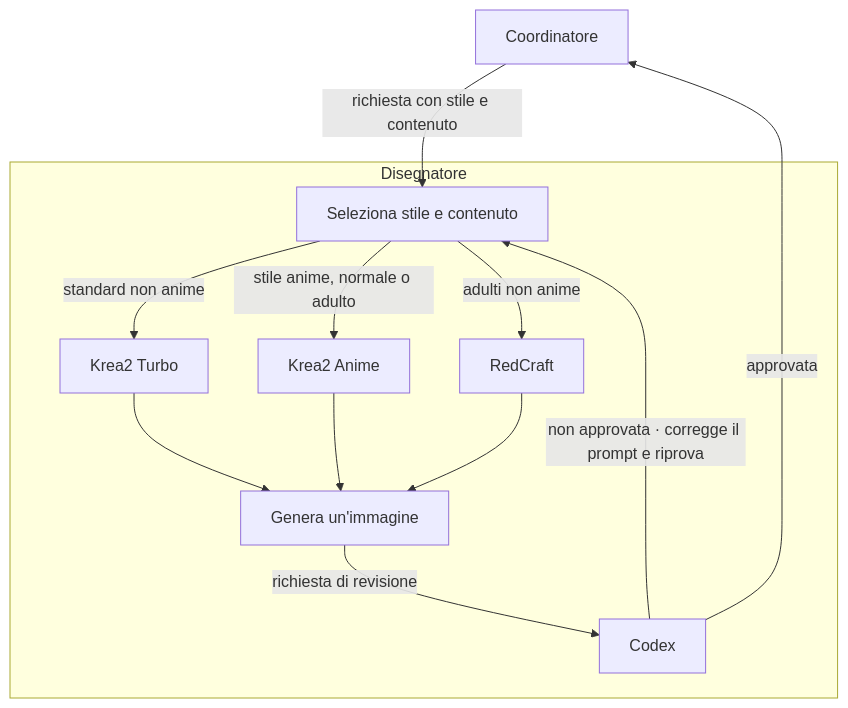
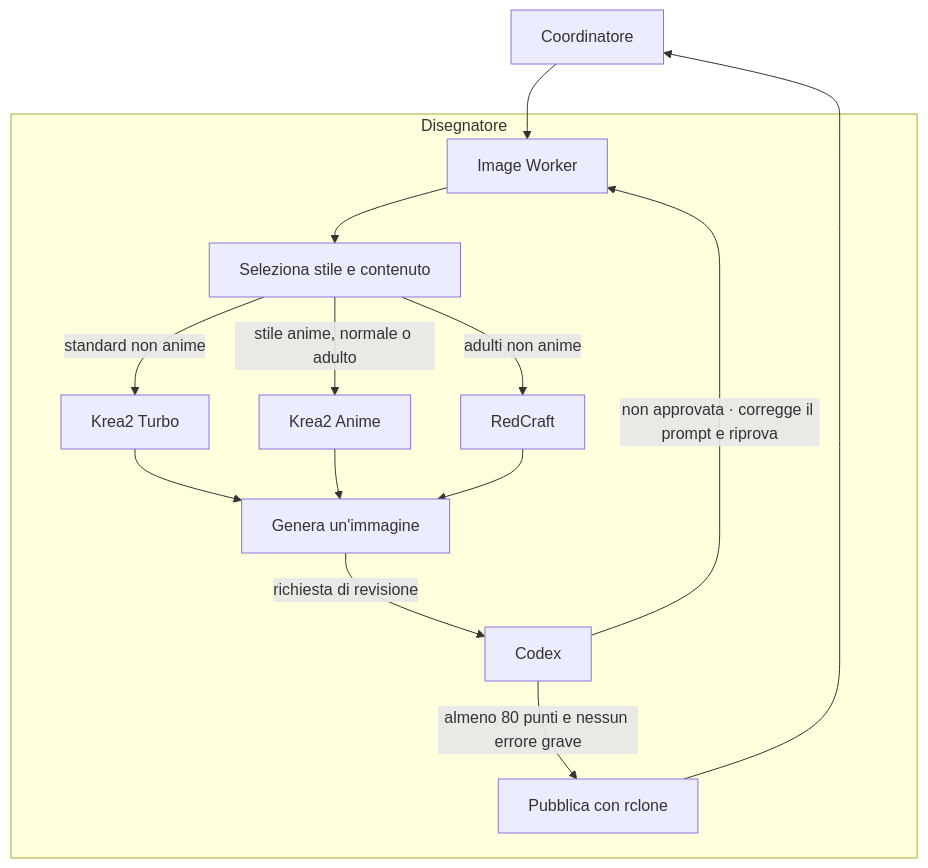
Before and after one commit to DRincs-Productions/LM-Studio: the sixth of 12 diagrams in README.md, drawn with Mermaid. The commit also changed other lines of this file and 25 other files, not shown here.

````diff
--- a/README.md
+++ b/README.md
@@ -151,22 +143,26 @@
 ```mermaid
 flowchart TD
     C[Coordinatore]
     subgraph DISEGNATORE[Disegnatore]
+        I[Image Worker]
         M[Seleziona stile e contenuto]
         KREA[Krea2 Turbo]
         ANIME[Krea2 Anime]
         REDCRAFT[RedCraft]
         G[Genera un'immagine]
         R[Codex]
+        O[Pubblica con rclone]
+        I --> M
         M -->|standard non anime| KREA
         M -->|stile anime, normale o adulto| ANIME
         M -->|adulti non anime| REDCRAFT
         KREA --> G
         ANIME --> G
         REDCRAFT --> G
         G -->|richiesta di revisione| R
-        R -->|non approvata · corregge il prompt e riprova| M
+        R -->|non approvata · corregge il prompt e riprova| I
+        R -->|almeno 80 punti e nessun errore grave| O
     end
-    C -->|richiesta con stile e contenuto| M
-    R -->|approvata| C
+    C --> I
+    O --> C
 ```
````
